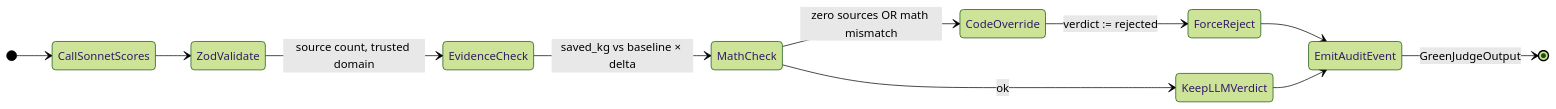
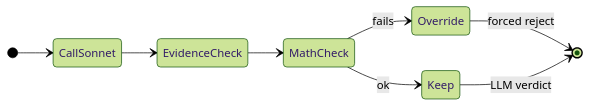
One commit to LucasDuys/bunq-hackathon changed the sixth of 10 diagrams in README.md. Above: the diagram before and after it, drawn with Mermaid (forest theme). The commit also changed other lines of this file, not shown here.

````diff
--- a/README.md
+++ b/README.md
@@ -256,14 +203,11 @@
 ```mermaid
 stateDiagram-v2
     direction LR
-    [*] --> CallSonnetScores
-    CallSonnetScores --> ZodValidate
-    ZodValidate --> EvidenceCheck: source count, trusted domain
-    EvidenceCheck --> MathCheck: saved_kg vs baseline × delta
-    MathCheck --> CodeOverride: zero sources OR math mismatch
-    MathCheck --> KeepLLMVerdict: ok
-    CodeOverride --> ForceReject: verdict := rejected
-    ForceReject --> EmitAuditEvent
-    KeepLLMVerdict --> EmitAuditEvent
-    EmitAuditEvent --> [*]: GreenJudgeOutput
+    [*] --> CallSonnet
+    CallSonnet --> EvidenceCheck
+    EvidenceCheck --> MathCheck
+    MathCheck --> Override: fails
+    MathCheck --> Keep: ok
+    Override --> [*]: forced reject
+    Keep --> [*]: LLM verdict
 ```
````
